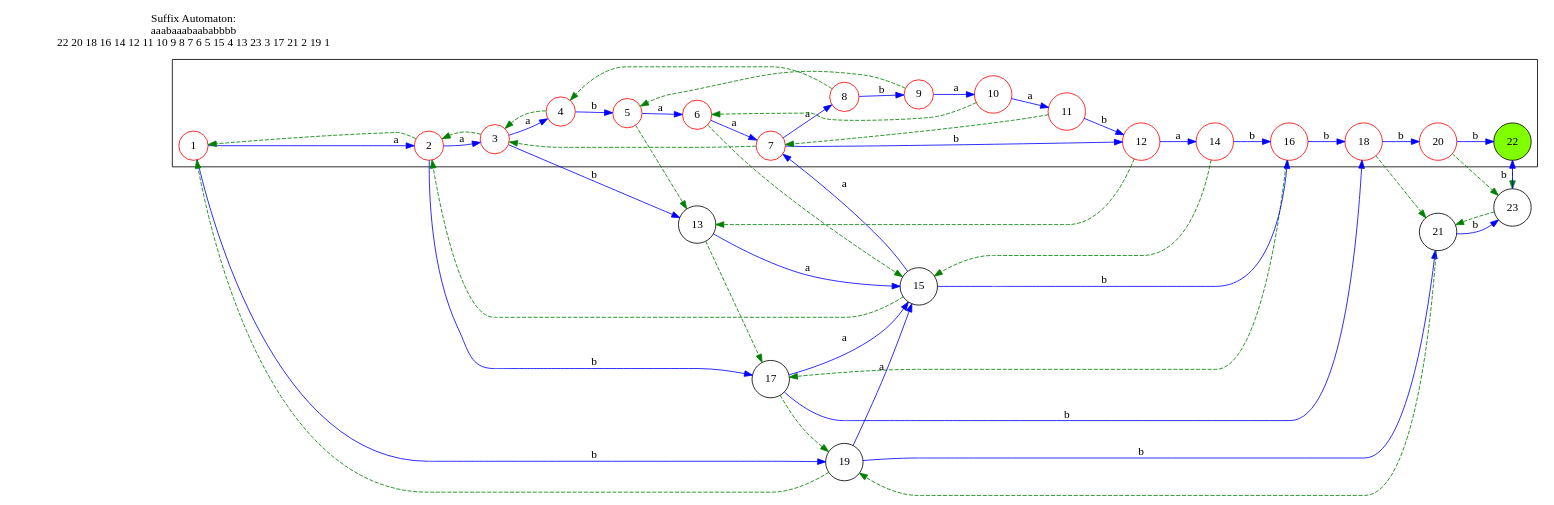
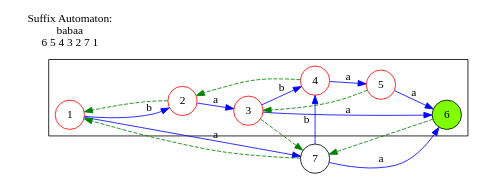
The diagram in others/test.dot (LJFYC007/pan), drawn with Graphviz before and after one commit. The commit also changed 1 other file, not shown here.

```diff
--- a/others/test.dot
+++ b/others/test.dot
@@ -1,61 +1,25 @@
 digraph test{
     node[shape="circle"];
     subgraph cluster_sub{
-      1,2,3,4,5,6,7,8,9,10,11,12,14,16,18,20,22;
+      1,2,3,4,5,6;
     }
     rankdir=LR;
-    1->2[color=blue,label="a";];
-    1->19[color=blue,label="b";];
+    1->7[color=blue,label="a";];
+    1->2[color=blue,label="b";];
     2->3[color=blue,label="a";];
-    2->17[color=blue,label="b";];
-    3->4[color=blue,label="a";];
-    3->13[color=blue,label="b";];
-    4->5[color=blue,label="b";];
+    3->6[color=blue,label="a";];
+    3->4[color=blue,label="b";];
+    4->5[color=blue,label="a";];
     5->6[color=blue,label="a";];
-    6->7[color=blue,label="a";];
-    7->8[color=blue,label="a";];
-    7->12[color=blue,label="b";];
-    8->9[color=blue,label="b";];
-    9->10[color=blue,label="a";];
-    10->11[color=blue,label="a";];
-    11->12[color=blue,label="b";];
-    12->14[color=blue,label="a";];
-    13->15[color=blue,label="a";];
-    14->16[color=blue,label="b";];
-    15->7[color=blue,label="a";];
-    15->16[color=blue,label="b";];
-    16->18[color=blue,label="b";];
-    17->15[color=blue,label="a";];
-    17->18[color=blue,label="b";];
-    18->20[color=blue,label="b";];
-    19->15[color=blue,label="a";];
-    19->21[color=blue,label="b";];
-    20->22[color=blue,label="b";];
-    21->23[color=blue,label="b";];
-    23->22[color=blue,label="b";];
+    7->6[color=blue,label="a";];
+    7->4[color=blue,label="b";];
     2->1[color=green,style=dashed];
-    3->2[color=green,style=dashed];
-    4->3[color=green,style=dashed];
-    5->13[color=green,style=dashed];
-    6->15[color=green,style=dashed];
-    7->3[color=green,style=dashed];
-    8->4[color=green,style=dashed];
-    9->5[color=green,style=dashed];
-    10->6[color=green,style=dashed];
-    11->7[color=green,style=dashed];
-    12->13[color=green,style=dashed];
-    13->17[color=green,style=dashed];
-    14->15[color=green,style=dashed];
-    15->2[color=green,style=dashed];
-    16->17[color=green,style=dashed];
-    17->19[color=green,style=dashed];
-    18->21[color=green,style=dashed];
-    19->1[color=green,style=dashed];
-    20->23[color=green,style=dashed];
-    21->19[color=green,style=dashed];
-    22->23[color=green,style=dashed];
-    23->21[color=green,style=dashed];
-    1,2,3,4,5,6,7,8,9,10,11,12,14,16,18,20[color=red];
-    22[style="filled",fillcolor="chartreuse"];
-    "Suffix Automaton: \naaabaaabaababbbb\n22 20 18 16 14 12 11 10 9 8 7 6 5 15 4 13 23 3 17 21 2 19 1 "[shape=plaintext];
+    3->7[color=green,style=dashed];
+    4->2[color=green,style=dashed];
+    5->3[color=green,style=dashed];
+    6->7[color=green,style=dashed];
+    7->1[color=green,style=dashed];
+    1,2,3,4,5[color=red];
+    6[style="filled",fillcolor="chartreuse"];
+    "Suffix Automaton: \nbabaa\n6 5 4 3 2 7 1 "[shape=plaintext];
 }
```
